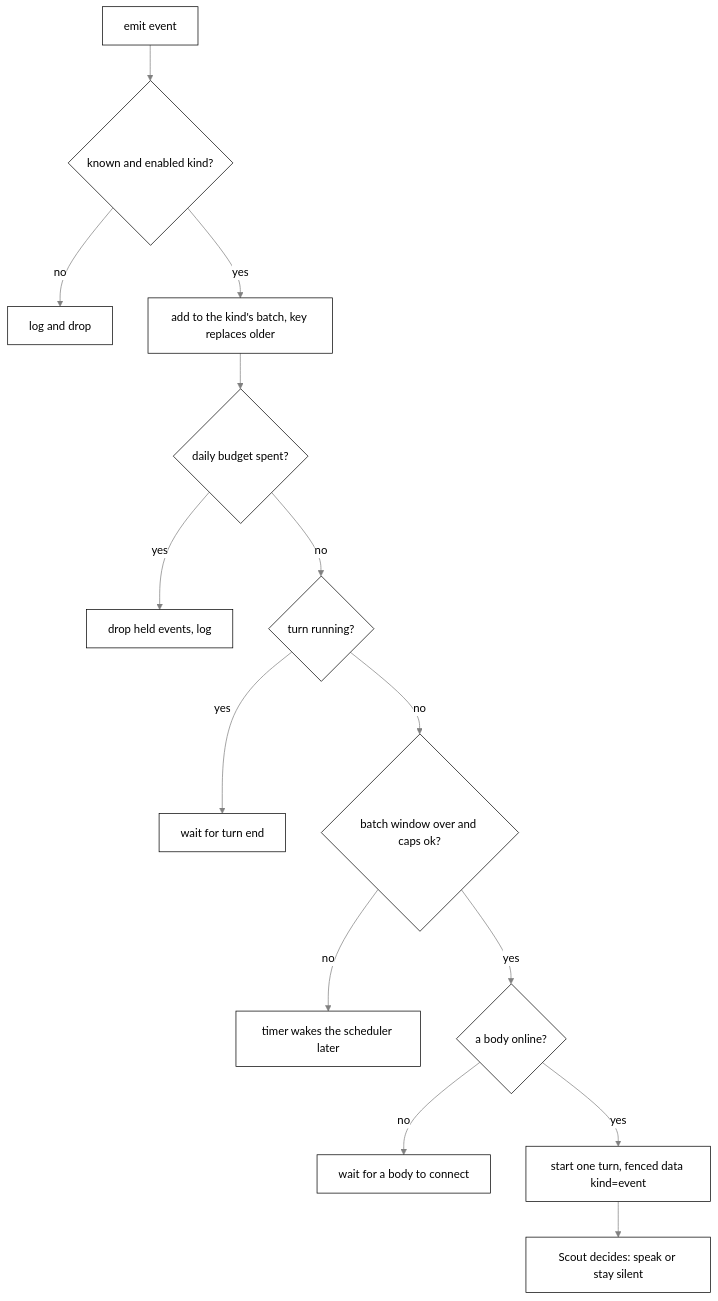
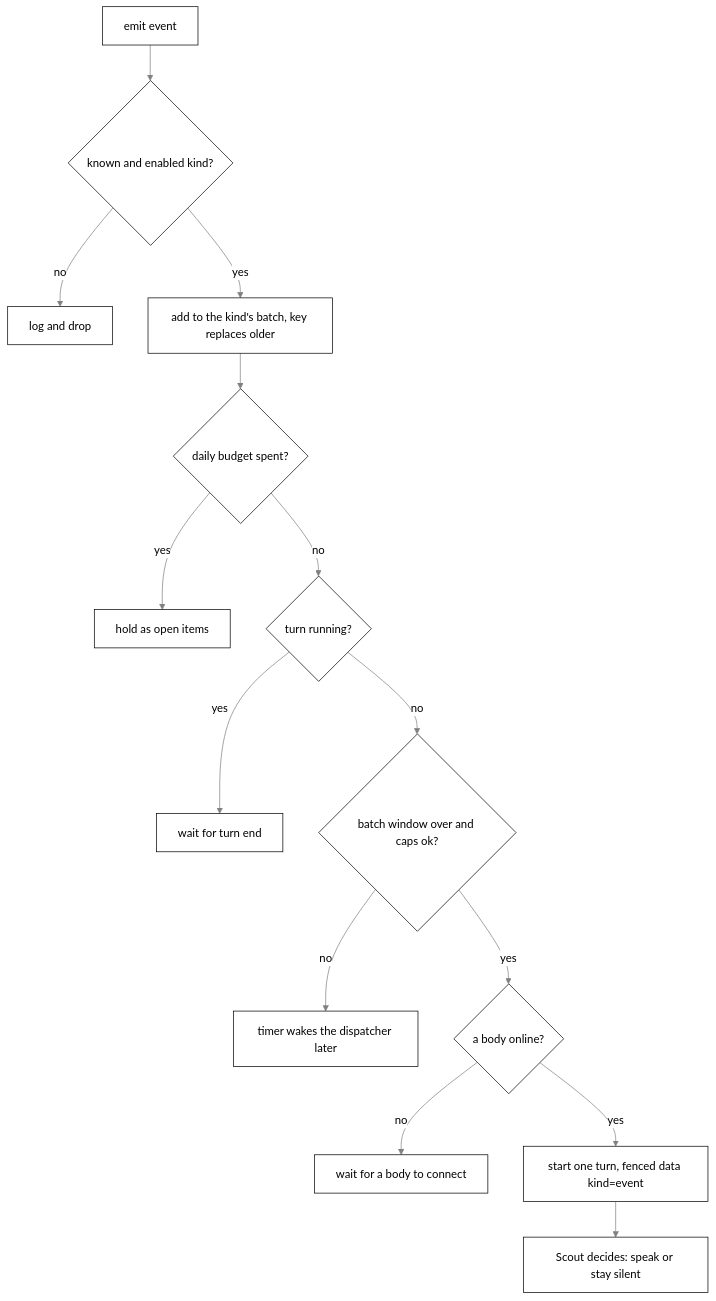
The ninth of 15 diagrams in docs/brain.md (nadeem4/tagalong), drawn with Mermaid before and after one commit. The commit also changed other lines of this file and 31 other files, not shown here.

First line of the commit message:
feat(brain): scheduler becomes the dispatcher with one set of rules (F12) (#368)

````diff
--- a/docs/brain.md
+++ b/docs/brain.md
@@ -1568,17 +1570,17 @@
 ```mermaid
 %%{init: {"theme": "base", "themeVariables": {"primaryColor": "#ffffff", "primaryTextColor": "#000000", "primaryBorderColor": "#000000", "lineColor": "#808080", "arrowheadColor": "#808080", "secondaryColor": "#f2f2f2", "tertiaryColor": "#ffffff", "clusterBkg": "#f7f7f7", "clusterBorder": "#808080", "edgeLabelBackground": "#ffffff", "titleColor": "#808080", "actorBkg": "#ffffff", "actorBorder": "#000000", "actorTextColor": "#000000", "actorLineColor": "#808080", "signalColor": "#808080", "signalTextColor": "#808080", "sequenceNumberColor": "#ffffff", "labelBoxBkgColor": "#ffffff", "labelBoxBorderColor": "#808080", "labelTextColor": "#000000", "loopTextColor": "#808080", "noteBkgColor": "#f7f7f7", "noteBorderColor": "#808080", "noteTextColor": "#000000", "activationBkgColor": "#f7f7f7", "activationBorderColor": "#808080", "fontFamily": "Segoe UI, Helvetica, Arial, sans-serif"}}}%%
 flowchart TD
   A[emit event] --> B{known and enabled kind?}
   B -- no --> X[log and drop]
   B -- yes --> C[add to the kind's batch, key replaces older]
   C --> D{daily budget spent?}
-  D -- yes --> X2[drop held events, log]
+  D -- yes --> X2[hold as open items]
   D -- no --> E{turn running?}
   E -- yes --> W[wait for turn end]
   E -- no --> F{batch window over and caps ok?}
-  F -- no --> T[timer wakes the scheduler later]
+  F -- no --> T[timer wakes the dispatcher later]
   F -- yes --> G{a body online?}
   G -- no --> W2[wait for a body to connect]
   G -- yes --> H[start one turn, fenced data kind=event]
   H --> I[Scout decides: speak or stay silent]
 ```
````
